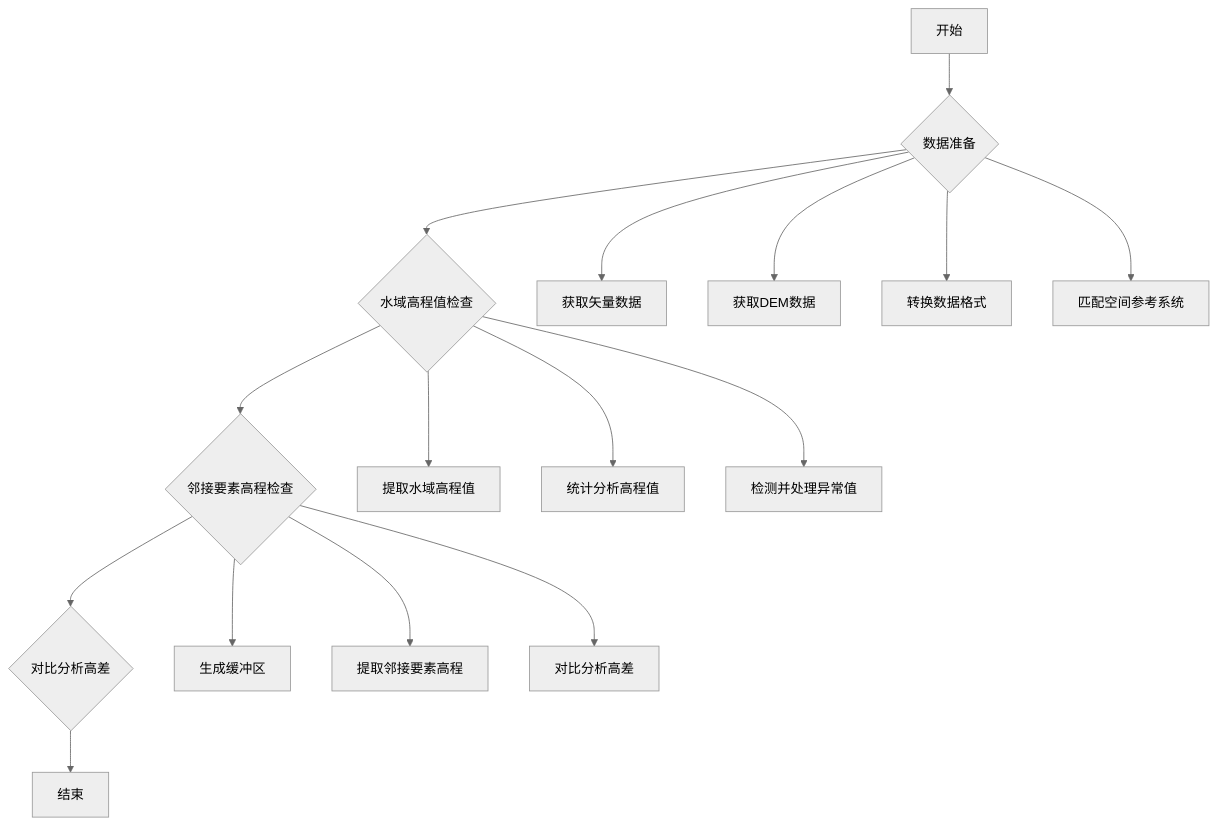
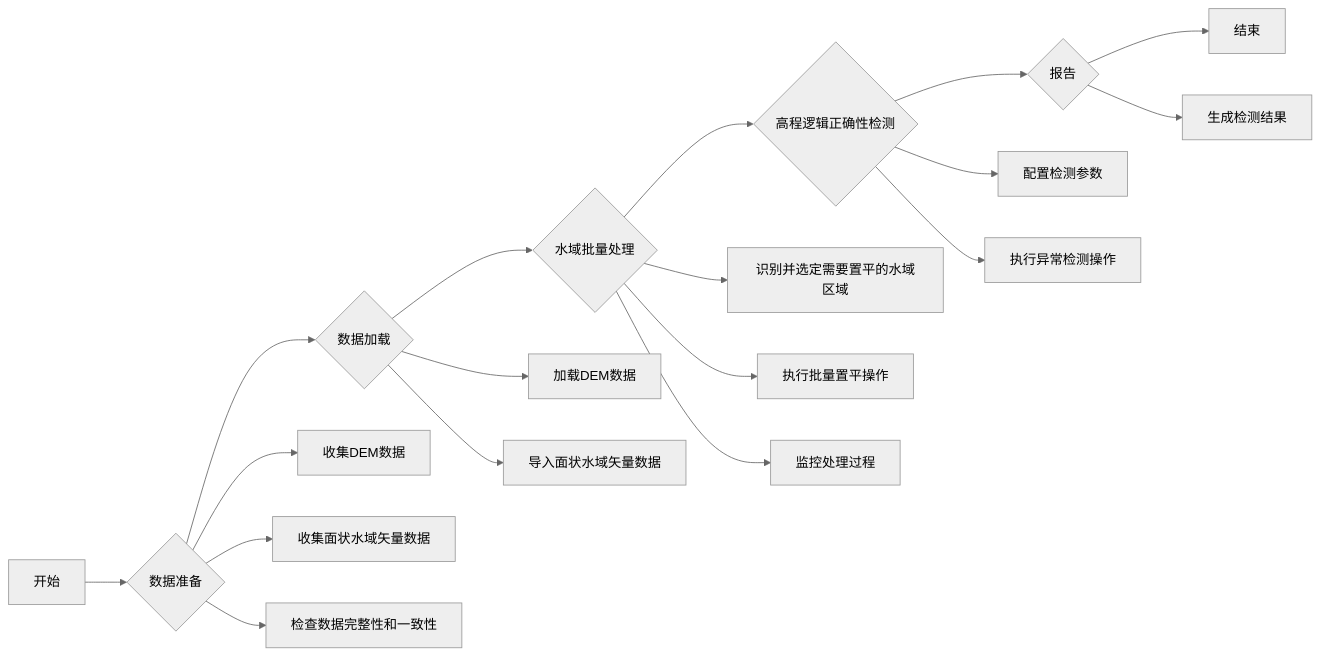
One commit to 2544622615/iodraw-files changed the diagram in all/未命名-1.md. Above: the diagram before and after it, drawn with Mermaid (neutral theme).

Commit message:
2024-08-17 11:25:18 update

````diff
--- a/all/未命名-1.md
+++ b/all/未命名-1.md
@@ -1,21 +1,25 @@
 ```mermaid
-graph TD
+graph LR
     A[开始] --> B{数据准备}
-    B --> C{水域高程值检查}
-    C --> D{邻接要素高程检查}
-    D --> E{对比分析高差}
-    E --> F[结束]
+    B --> C{数据加载}
+    C --> D{水域批量处理}
+    D --> E{高程逻辑正确性检测}
+    E --> F{报告}
+    F --> G[结束]
 
-    B --> B1[获取矢量数据]
-    B --> B2[获取DEM数据]
-    B --> B3[转换数据格式]
-    B --> B4[匹配空间参考系统]
+    B --> B1[收集DEM数据]
+    B --> B2[收集面状水域矢量数据]
+    B --> B3[检查数据完整性和一致性]
 
-    C --> C1[提取水域高程值]
-    C --> C2[统计分析高程值]
-    C --> C3[检测并处理异常值]
+    C --> C1[加载DEM数据]
+    C --> C2[导入面状水域矢量数据]
 
-    D --> D1[生成缓冲区]
-    D --> D2[提取邻接要素高程]
-    D --> D3[对比分析高差]
+    D --> D1[识别并选定需要置平的水域区域]
+    D --> D2[执行批量置平操作]
+    D --> D3[监控处理过程]
+
+    E --> E1[配置检测参数]
+    E --> E2[执行异常检测操作]
+
+    F --> F1[生成检测结果]
 ```
````
